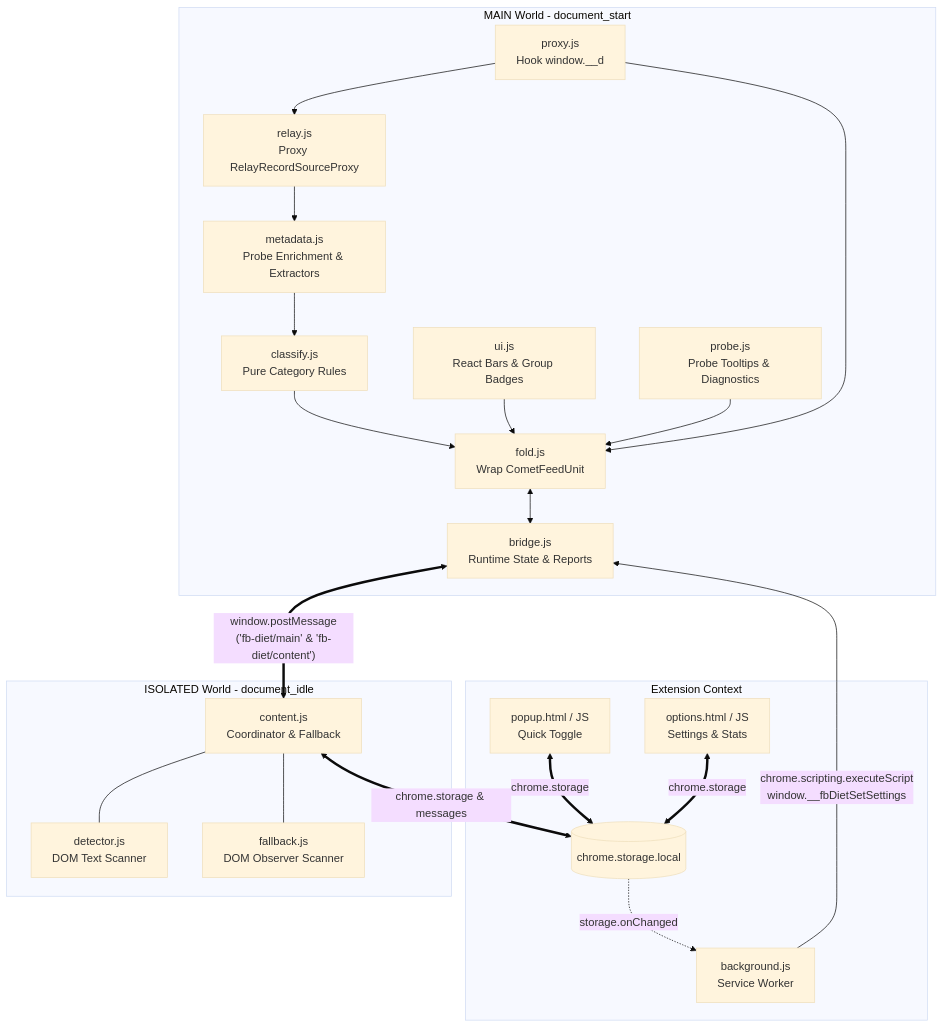
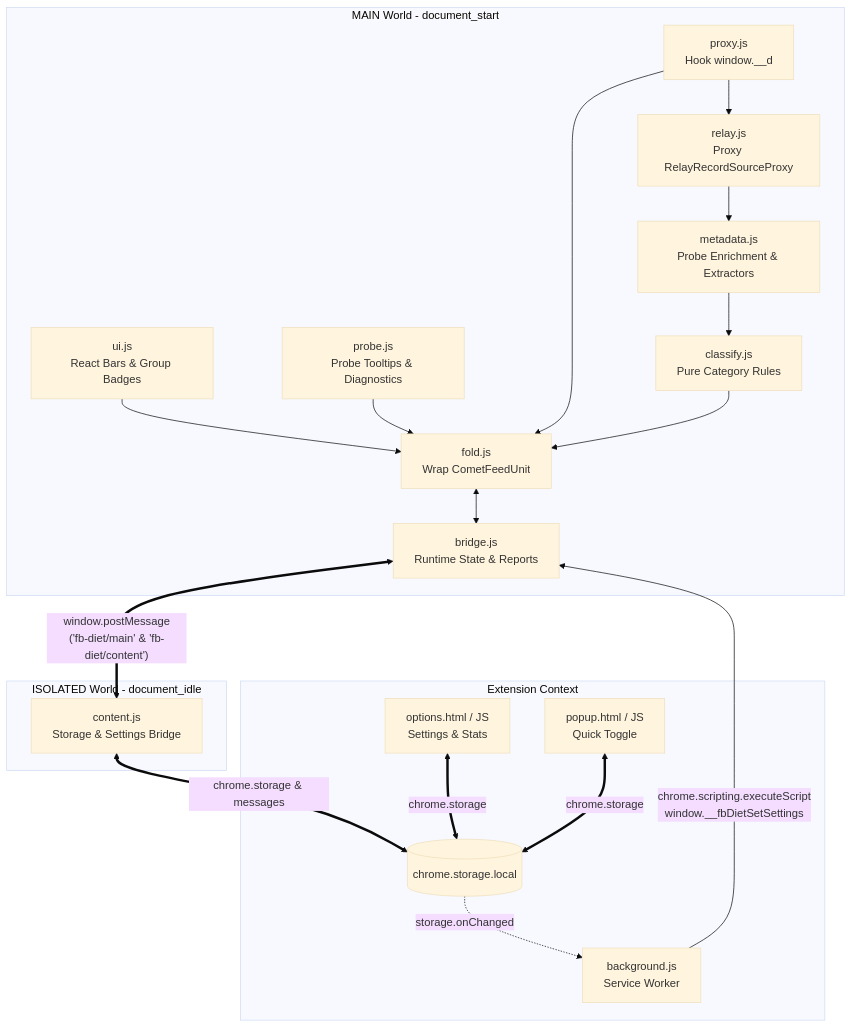
One commit to Amppa/fb-feed-diet changed the diagram in docs/architecture.md. Above: the diagram before and after it, drawn with Mermaid (base theme). The commit also changed other lines of this file and 2 other files, not shown here.

Commit message:
Document retired DOM fallback engine and single-path settings sync

````diff
--- a/docs/architecture.md
+++ b/docs/architecture.md
@@ -9,36 +9,32 @@
 ```mermaid
 graph TD
     subgraph MAIN World [MAIN World - document_start]
         P[proxy.js<br/>Hook window.__d] --> R[relay.js<br/>Proxy RelayRecordSourceProxy]
         R --> M[metadata.js<br/>Probe Enrichment & Extractors]
         M --> C[classify.js<br/>Pure Category Rules]
         UI[ui.js<br/>React Bars & Group Badges] --> F[fold.js<br/>Wrap CometFeedUnit]
         PR[probe.js<br/>Probe Tooltips & Diagnostics] --> F
         P --> F
         C --> F
         F <--> B[bridge.js<br/>Runtime State & Reports]
     end
 
     subgraph ISOLATED World [ISOLATED World - document_idle]
-        CS[content.js<br/>Coordinator & Fallback]
-        DET[detector.js<br/>DOM Text Scanner]
-        FALL[fallback.js<br/>DOM Observer Scanner]
-        CS --- DET
-        CS --- FALL
+        CS[content.js<br/>Storage & Settings Bridge]
     end
 
     subgraph Extension Core [Extension Context]
         BG[background.js<br/>Service Worker]
         POP[popup.html / JS<br/>Quick Toggle]
         OPT[options.html / JS<br/>Settings & Stats]
         STR[(chrome.storage.local)]
     end
 
     %% Communication
     B <==>|"window.postMessage<br/>('fb-diet/main' & 'fb-diet/content')"| CS
     BG -->|"chrome.scripting.executeScript<br/>window.__fbDietSetSettings"| B
     CS <==>|"chrome.storage & messages"| STR
     OPT <==>|"chrome.storage"| STR
     POP <==>|"chrome.storage"| STR
     STR -.->|"storage.onChanged"| BG
 ```
````
